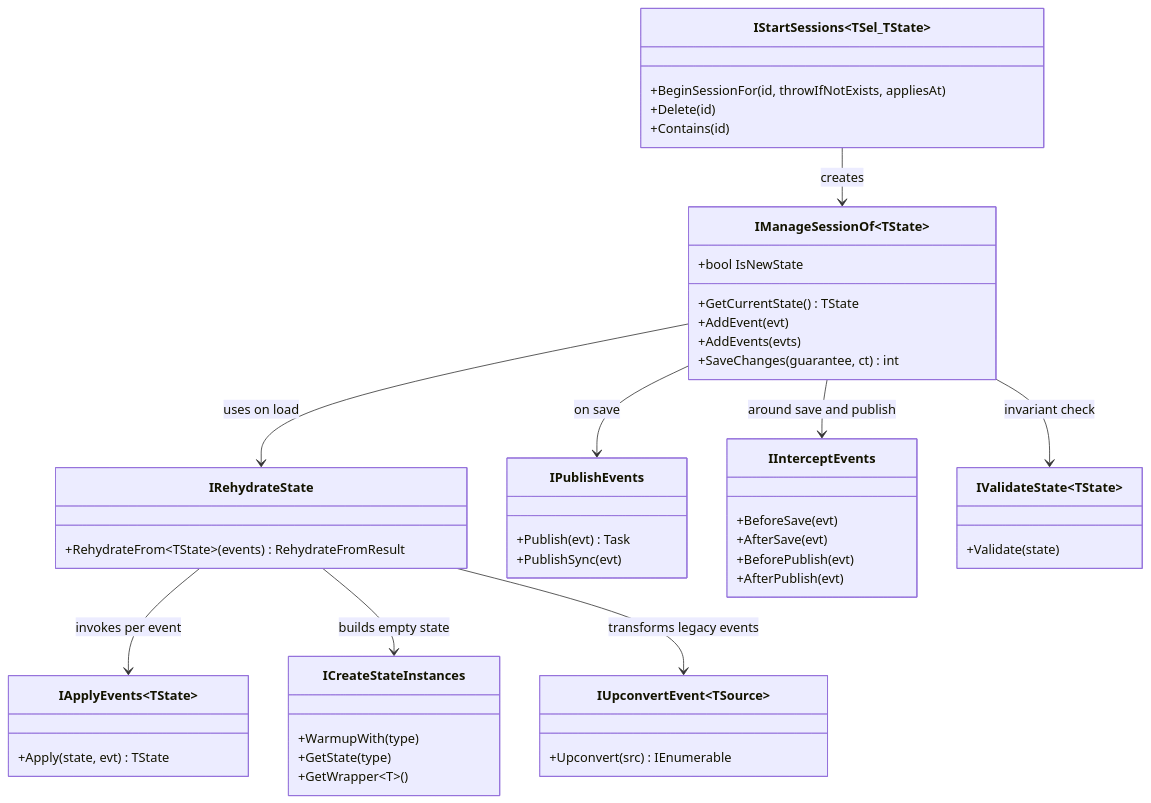
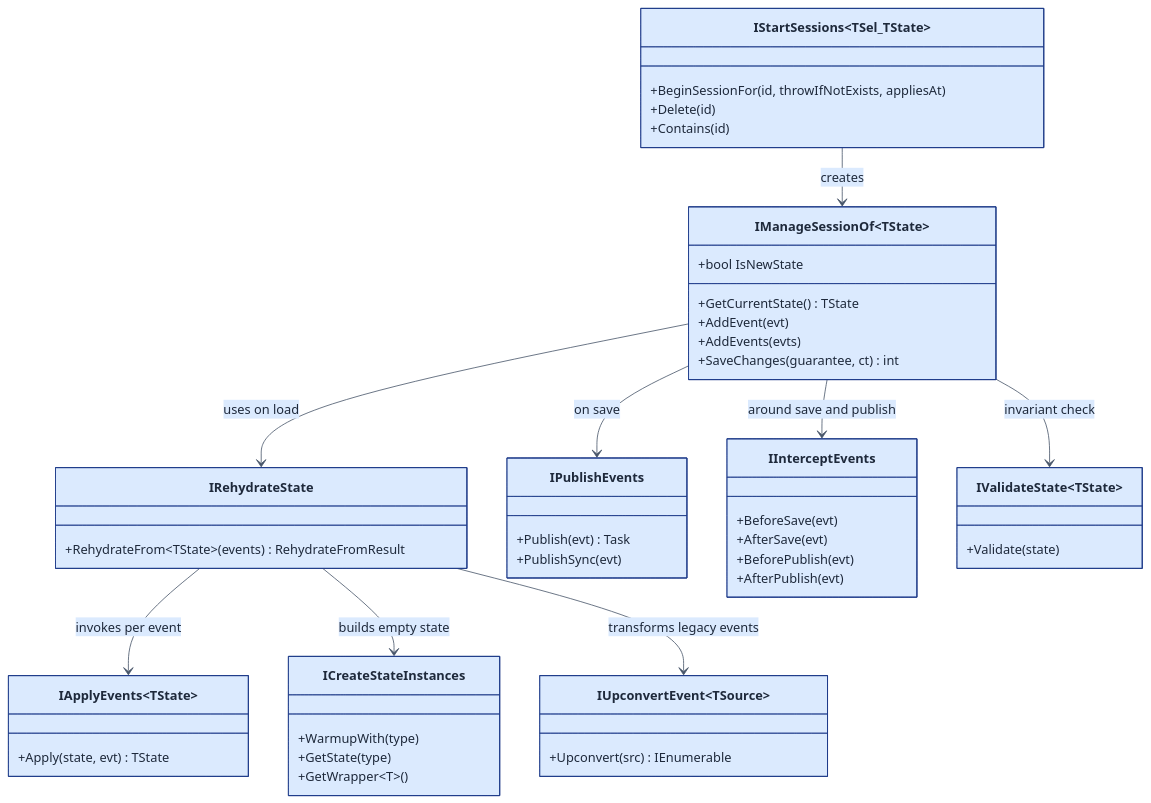
Before and after one commit to vaibhavPH/BullOak: the third of 7 diagrams in docs/architecture.md, drawn with Mermaid. The commit also changed other lines of this file, not shown here.

First line of the commit message:
docs: colour the Mermaid architecture diagrams

````diff
--- a/docs/architecture.md
+++ b/docs/architecture.md
@@ -89,51 +117,52 @@
 ```mermaid
+%%{init: {"theme":"base","themeVariables":{"primaryColor":"#dbeafe","primaryTextColor":"#1e293b","primaryBorderColor":"#1e3a8a","lineColor":"#475569","secondaryColor":"#f3e8ff","tertiaryColor":"#ccfbf1","fontFamily":"ui-sans-serif, system-ui, sans-serif"}}}%%
 classDiagram
     class IStartSessions~TSel_TState~ {
         +BeginSessionFor(id, throwIfNotExists, appliesAt)
         +Delete(id)
         +Contains(id)
     }
     class IManageSessionOf~TState~ {
         +bool IsNewState
         +GetCurrentState() TState
         +AddEvent(evt)
         +AddEvents(evts)
         +SaveChanges(guarantee, ct) int
     }
     class IApplyEvents~TState~ {
         +Apply(state, evt) TState
     }
     class IRehydrateState {
         +RehydrateFrom~TState~(events) RehydrateFromResult
     }
     class ICreateStateInstances {
         +WarmupWith(type)
         +GetState(type)
         +GetWrapper~T~()
     }
     class IPublishEvents {
         +Publish(evt) Task
         +PublishSync(evt)
     }
     class IInterceptEvents {
         +BeforeSave(evt)
         +AfterSave(evt)
         +BeforePublish(evt)
         +AfterPublish(evt)
     }
     class IUpconvertEvent~TSource~ {
         +Upconvert(src) IEnumerable
     }
     class IValidateState~TState~ {
         +Validate(state)
     }
 
     IStartSessions --> IManageSessionOf : creates
     IManageSessionOf --> IRehydrateState : uses on load
     IRehydrateState --> IApplyEvents : invokes per event
     IRehydrateState --> ICreateStateInstances : builds empty state
     IRehydrateState --> IUpconvertEvent : transforms legacy events
     IManageSessionOf --> IPublishEvents : on save
     IManageSessionOf --> IInterceptEvents : around save and publish
     IManageSessionOf --> IValidateState : invariant check
 ```
````
